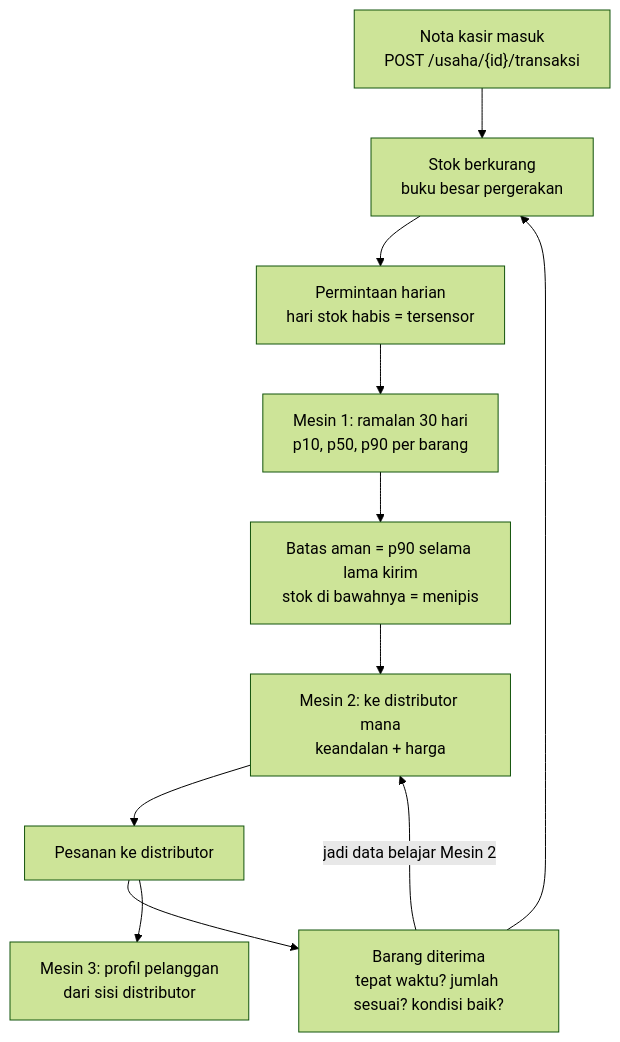
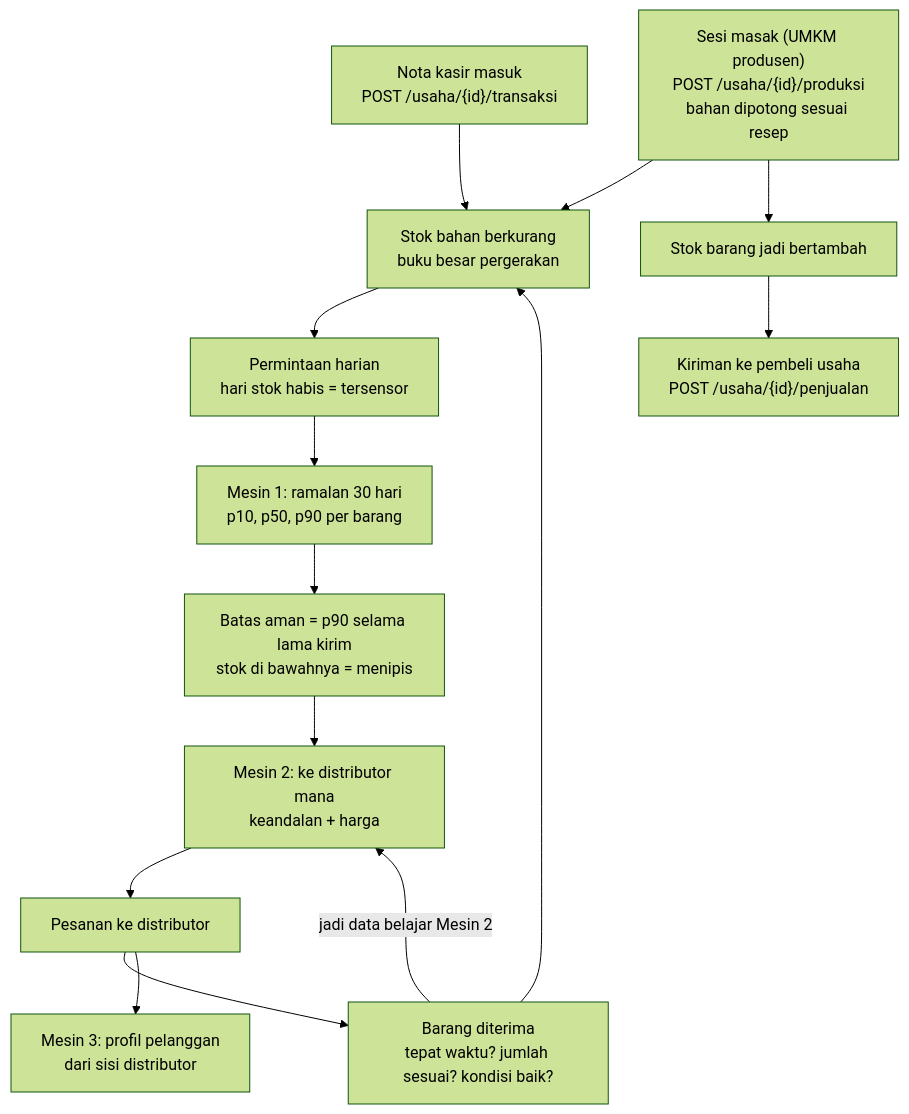
Before and after one commit to YonoBengkel/Warungku: the second of 2 diagrams in README.md, drawn with Mermaid (forest theme). The commit also changed other lines of this file and 2 other files, not shown here.

First line of the commit message:
docs: README untuk pendatang baru, dan LightGBM masuk image produksi

````diff
--- a/README.md
+++ b/README.md
@@ -49,13 +306,16 @@
 ```mermaid
 flowchart TD
-    a["Nota kasir masuk<br/>POST /usaha/{id}/transaksi"] --> b["Stok berkurang<br/>buku besar pergerakan"]
+    a["Nota kasir masuk<br/>POST /usaha/{id}/transaksi"] --> b["Stok bahan berkurang<br/>buku besar pergerakan"]
+    p["Sesi masak (UMKM produsen)<br/>POST /usaha/{id}/produksi<br/>bahan dipotong sesuai resep"] --> b
+    p --> q["Stok barang jadi bertambah"]
+    q --> r["Kiriman ke pembeli usaha<br/>POST /usaha/{id}/penjualan"]
     b --> c["Permintaan harian<br/>hari stok habis = tersensor"]
     c --> d["Mesin 1: ramalan 30 hari<br/>p10, p50, p90 per barang"]
     d --> e["Batas aman = p90 selama lama kirim<br/>stok di bawahnya = menipis"]
     e --> f["Mesin 2: ke distributor mana<br/>keandalan + harga"]
     f --> g["Pesanan ke distributor"]
     g --> h["Barang diterima<br/>tepat waktu? jumlah sesuai? kondisi baik?"]
     h -- "jadi data belajar Mesin 2" --> f
     h --> b
     g --> i["Mesin 3: profil pelanggan<br/>dari sisi distributor"]
 ```
````
